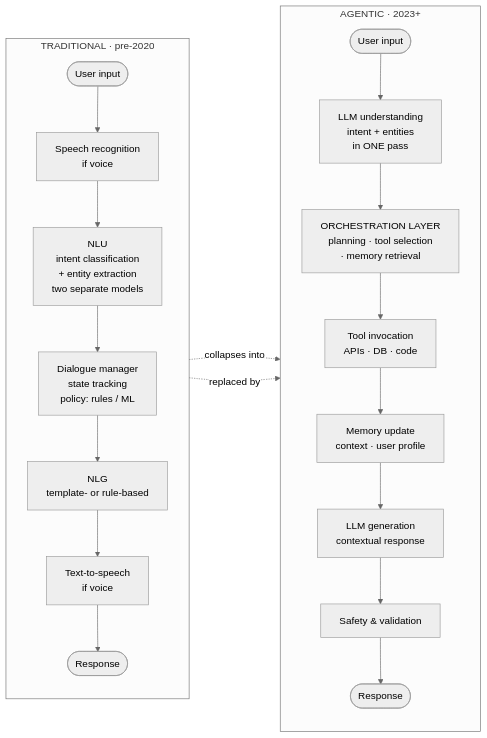
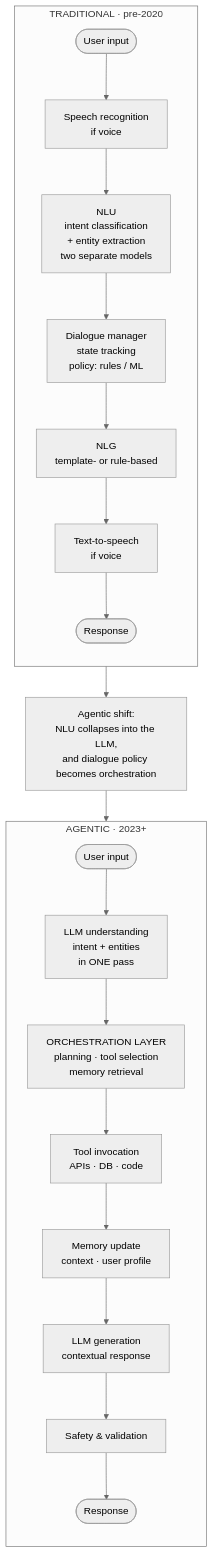
The third of 12 diagrams in 2026-2027-Sem1/AIMLCZG521-ConversationalAI/notes/S01-foundations.md (sanjaykumarpushadapu/MTech), drawn with Mermaid (neutral theme) before and after one commit. The commit also changed other lines of this file and 3 other files, not shown here.

Commit message:
fixs mermaid

````diff
--- a/2026-2027-Sem1/AIMLCZG521-ConversationalAI/notes/S01-foundations.md
+++ b/2026-2027-Sem1/AIMLCZG521-ConversationalAI/notes/S01-foundations.md
@@ -96,24 +96,24 @@
 ```mermaid
-flowchart LR
+flowchart TD
     subgraph T["TRADITIONAL · pre-2020"]
         direction TB
         U1([User input]) --> SR["Speech recognition<br/>if voice"]
         SR --> NLU["NLU<br/>intent classification<br/>+ entity extraction<br/>two separate models"]
         NLU --> DM["Dialogue manager<br/>state tracking<br/>policy: rules / ML"]
         DM --> NLG["NLG<br/>template- or rule-based"]
         NLG --> TTS["Text-to-speech<br/>if voice"]
         TTS --> R1([Response])
     end
+    T --> SHIFT["Agentic shift:<br/>NLU collapses into the LLM,<br/>and dialogue policy becomes orchestration"]
+    SHIFT --> A
     subgraph A["AGENTIC · 2023+"]
         direction TB
         U2([User input]) --> LLM["LLM understanding<br/>intent + entities<br/>in ONE pass"]
-        LLM --> ORC["ORCHESTRATION LAYER<br/>planning · tool selection<br/>· memory retrieval"]
+        LLM --> ORC["ORCHESTRATION LAYER<br/>planning · tool selection<br/>memory retrieval"]
         ORC --> TOOL["Tool invocation<br/>APIs · DB · code"]
         TOOL --> MEM["Memory update<br/>context · user profile"]
         MEM --> GEN["LLM generation<br/>contextual response"]
         GEN --> SAFE["Safety & validation"]
         SAFE --> R2([Response])
     end
-    NLU -.->|"collapses into"| LLM
-    DM -.->|"replaced by"| ORC
 ```
````
